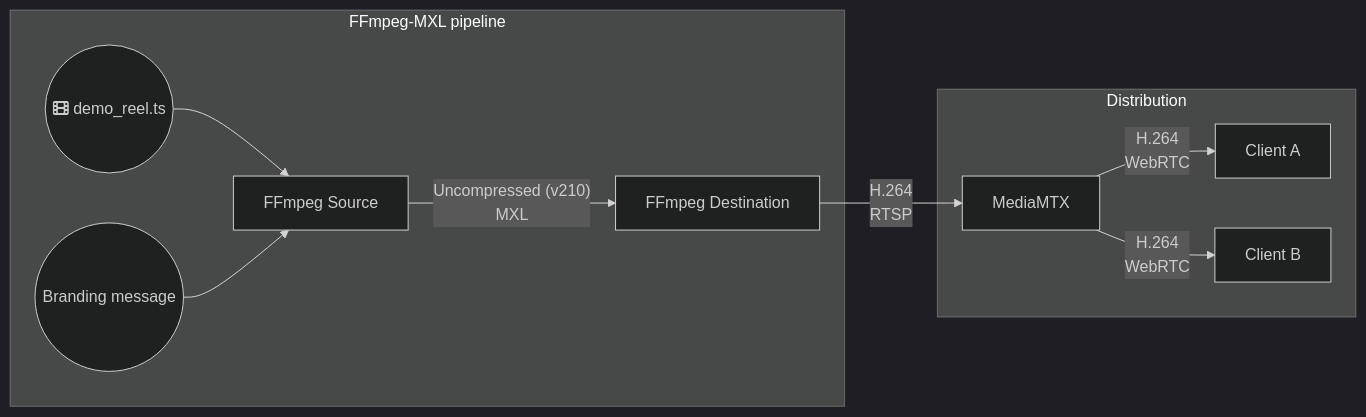
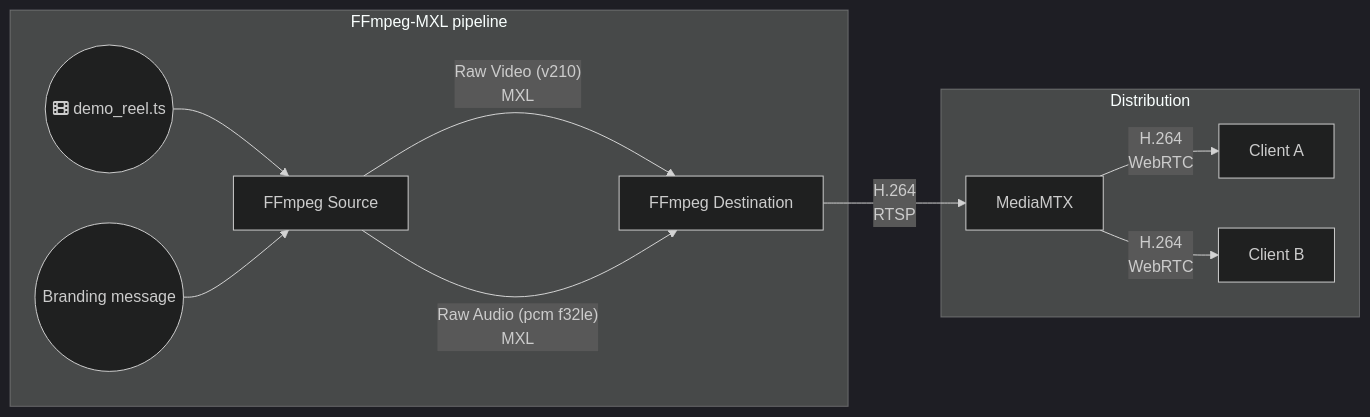
Before and after one commit to cbcrc/guidance-for-building-ffmpeg-with-mxl: the diagram in demos/README.md, drawn with Mermaid (dark theme). The commit also changed other lines of this file and 1 other file, not shown here.

````diff
--- a/demos/README.md
+++ b/demos/README.md
@@ -3,13 +3,14 @@
 ```mermaid
 graph LR
     subgraph "FFmpeg-MXL pipeline"
-    A0((fa:fa-film demo_reel.ts)) --> A[FFmpeg Source] -- "Uncompressed (v210)<br/> MXL" --> B[FFmpeg Destination]
+    A0((fa:fa-film demo_reel.ts)) --> A[FFmpeg Source] -- "Raw Video (v210)<br/> MXL" --> B[FFmpeg Destination]
+    A[FFmpeg Source] -- "Raw Audio (pcm f32le)<br/> MXL" --> B[FFmpeg Destination]
     A1((Branding message)) --> A
     end
 
     subgraph "Distribution"
     B -- "H.264<br/> RTSP" --> C[MediaMTX]
     C -- "H.264<br/> WebRTC" --> D[Client A]
     C -- "H.264<br/> WebRTC" --> E[Client B]
     end
 ```
````
